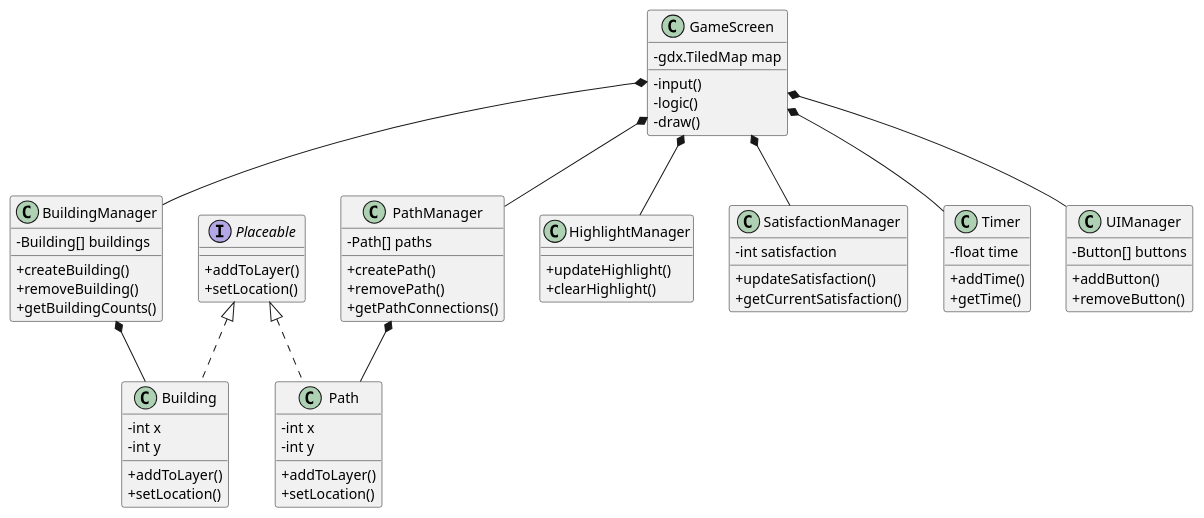
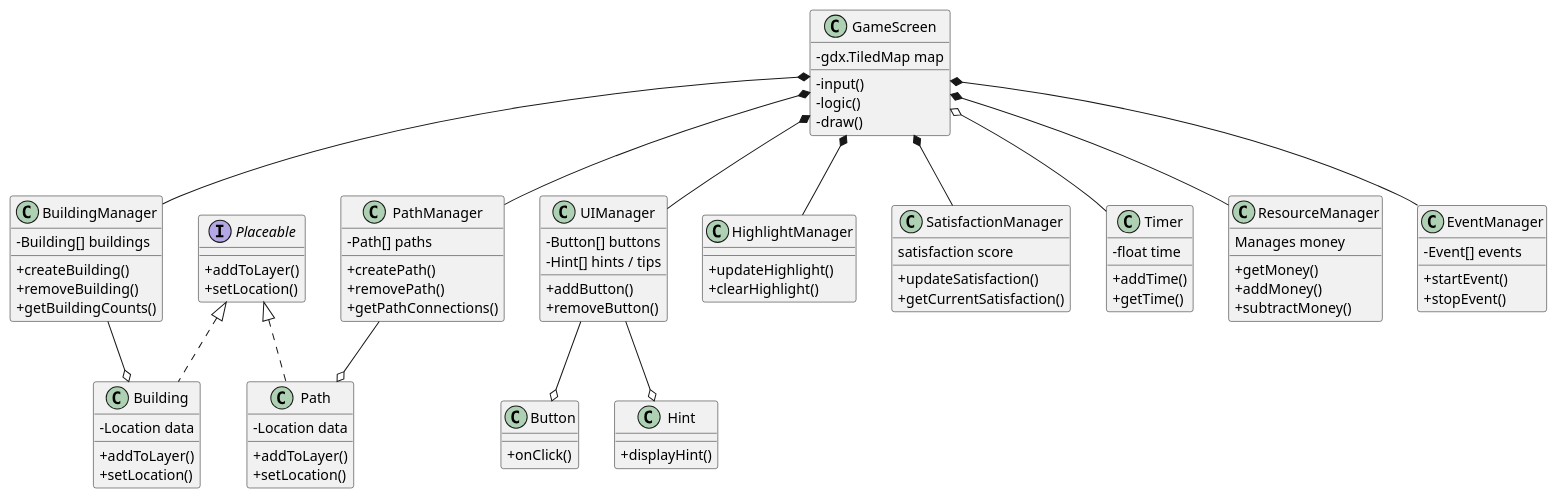
Before and after one commit to jobyoung05/ENG1-pixels-of-promise: the diagram in Plant UML Diagrams/overall_class_diagram_v2.puml, drawn with PlantUML. The commit also changed 3 other files, not shown here.

Commit message:
Changes to diagrams

```diff
--- a/Plant UML Diagrams/overall_class_diagram_v2.puml
+++ b/Plant UML Diagrams/overall_class_diagram_v2.puml
@@ -1,72 +1,94 @@
 @startuml
 
 skinparam classAttributeIconSize 0
 
 interface Placeable{
     +addToLayer()
     +setLocation()
 }
 class GameScreen {
     -gdx.TiledMap map
     -input()
     -logic()
     -draw()
 }
 class Building{
-    -int x
-    -int y
+    -Location data
     +addToLayer()
     +setLocation()
 }
 class Path{
-    - int x
-    - int y
+    -Location data
     +addToLayer()
     +setLocation()
 }
+class EventManager{
+    -Event[] events
+    +startEvent()
+    +stopEvent()
+}
 class UIManager{
     -Button[] buttons
+    -Hint[] hints / tips
     +addButton()
     +removeButton()
 }
 class BuildingManager{
     -Building[] buildings
     +createBuilding()
     +removeBuilding()
     +getBuildingCounts()
 }
 class PathManager{
     -Path[] paths
     +createPath()
     +removePath()
     +getPathConnections()
 }
 class HighlightManager{
     +updateHighlight()
     +clearHighlight()
 }
 class SatisfactionManager{
-    -int satisfaction
+    satisfaction score
     +updateSatisfaction()
     +getCurrentSatisfaction()
 }
 class Timer{
     -float time
     +addTime()
     +getTime()
 }
+class ResourceManager{
+    Manages money
+    +getMoney()
+    +addMoney()
+    +subtractMoney()
+}
+class Button{
+    +onClick()
+    }
+class Hint{
+    +displayHint()
+    }
 
 Placeable <|.. Building
 Placeable <|.. Path
 GameScreen *-- BuildingManager
 GameScreen *-- PathManager
 GameScreen *-- HighlightManager
 GameScreen *-- UIManager
 GameScreen *-- SatisfactionManager
-GameScreen *-- Timer
-BuildingManager *-- Building
-PathManager *-- Path
+GameScreen o-- Timer
+GameScreen *-- EventManager
+GameScreen *-- ResourceManager
+BuildingManager --o Building
+PathManager --o Path
+
+UIManager --o Button
+UIManager --o Hint
+
 
 
 
 @enduml
```
